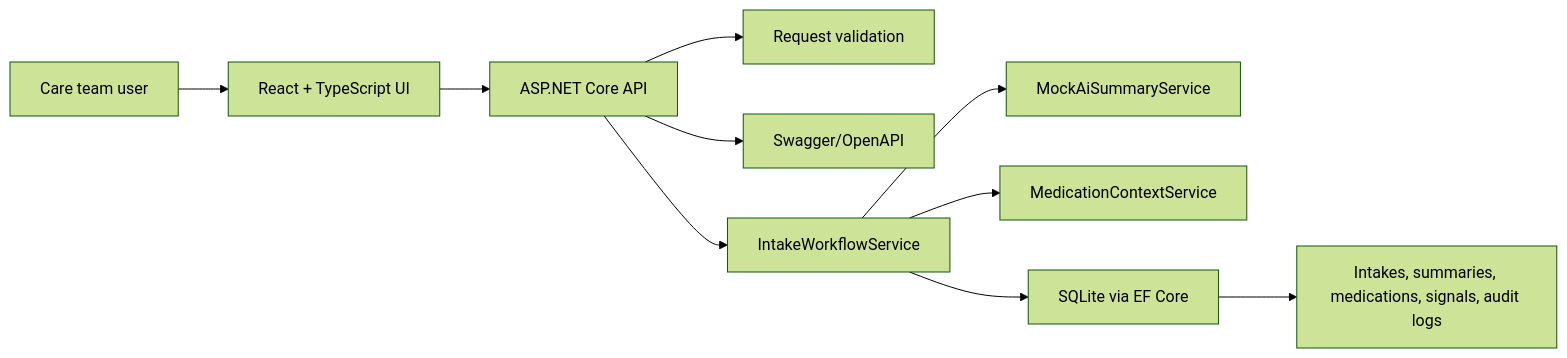
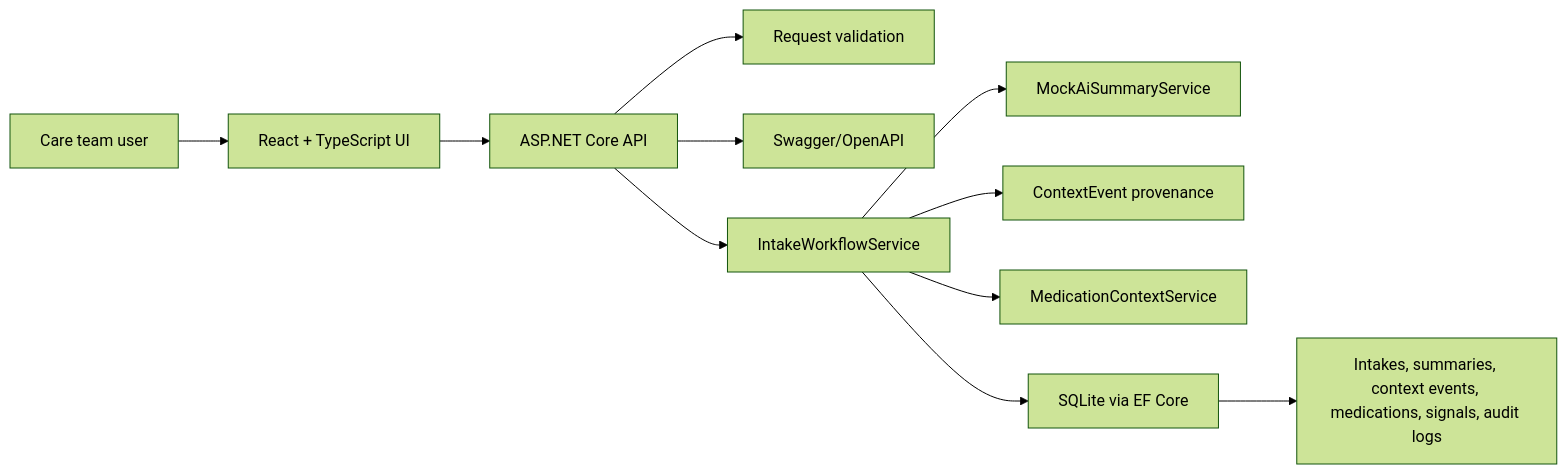
Before and after one commit to Pharmacist65/clinical-intake-ai-workflow: the diagram in README.md, drawn with Mermaid (forest theme). The commit also changed other lines of this file and 21 other files, not shown here.

Commit message:
Add context event workflow

````diff
--- a/README.md
+++ b/README.md
@@ -81,12 +84,13 @@
 ```mermaid
 flowchart LR
     User["Care team user"] --> Frontend["React + TypeScript UI"]
     Frontend --> Api["ASP.NET Core API"]
     Api --> Validation["Request validation"]
     Api --> Docs["Swagger/OpenAPI"]
     Api --> Workflow["IntakeWorkflowService"]
     Workflow --> MockAI["MockAiSummaryService"]
+    Workflow --> Context["ContextEvent provenance"]
     Workflow --> Pharmacy["MedicationContextService"]
     Workflow --> SQLite["SQLite via EF Core"]
-    SQLite --> Records["Intakes, summaries, medications, signals, audit logs"]
+    SQLite --> Records["Intakes, summaries, context events, medications, signals, audit logs"]
 ```
````
